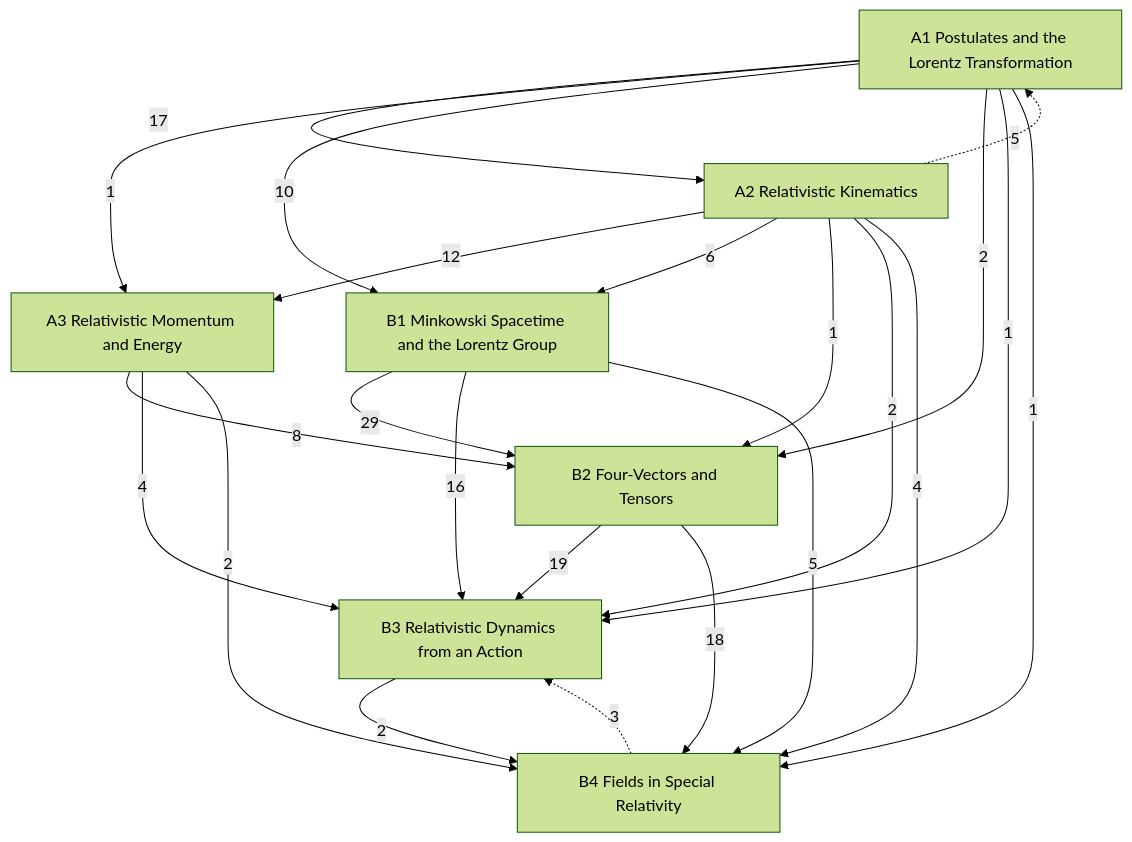
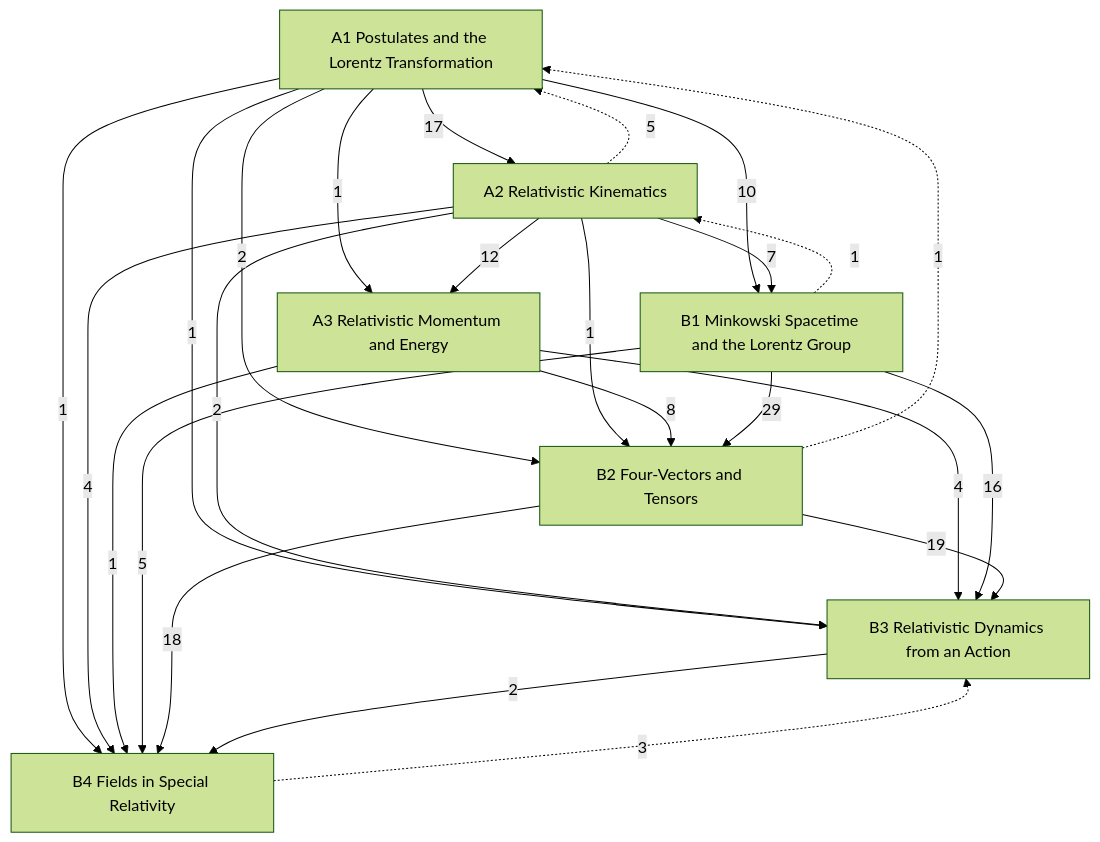
The diagram in Physics/Relativity/Relativity.md (Onion20040508/notes), drawn with Mermaid (forest theme) before and after one commit. The commit also changed 54 other files, not shown here.

````diff
--- a/Physics/Relativity/Relativity.md
+++ b/Physics/Relativity/Relativity.md
@@ -28,32 +28,34 @@
 ```mermaid
 graph TD
   A1["A1 Postulates and the Lorentz Transformation"]
   A2["A2 Relativistic Kinematics"]
   A3["A3 Relativistic Momentum and Energy"]
   B1["B1 Minkowski Spacetime and the Lorentz Group"]
   B2["B2 Four-Vectors and Tensors"]
   B3["B3 Relativistic Dynamics from an Action"]
   B4["B4 Fields in Special Relativity"]
   A1 -->|17| A2
   A1 -->|1| A3
   A2 -->|12| A3
   A1 -->|10| B1
-  A2 -->|6| B1
+  A2 -->|7| B1
   A1 -->|2| B2
   A2 -->|1| B2
   A3 -->|8| B2
   B1 -->|29| B2
   A1 -->|1| B3
   A2 -->|2| B3
   A3 -->|4| B3
   B1 -->|16| B3
   B2 -->|19| B3
   A1 -->|1| B4
   A2 -->|4| B4
-  A3 -->|2| B4
+  A3 -->|1| B4
   B1 -->|5| B4
   B2 -->|18| B4
   B3 -->|2| B4
   A2 -.->|5| A1
+  B2 -.->|1| A1
+  B1 -.->|1| A2
   B4 -.->|3| B3
 ```
````
